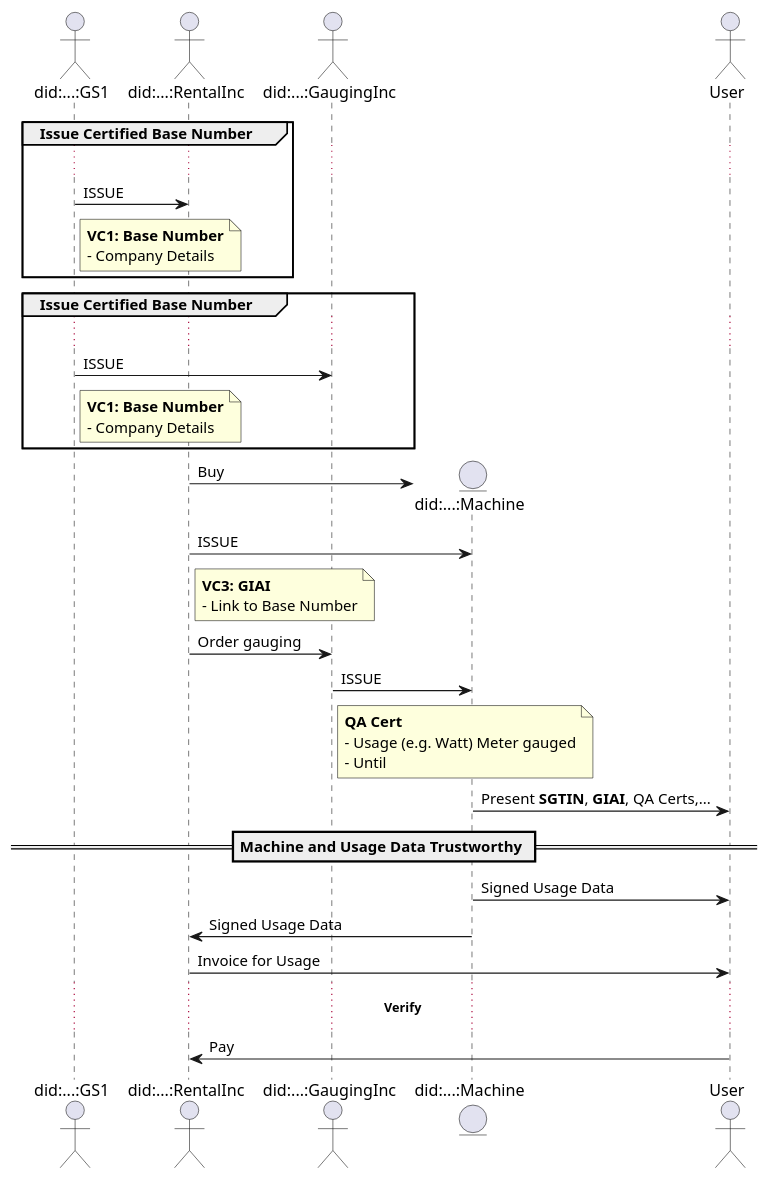
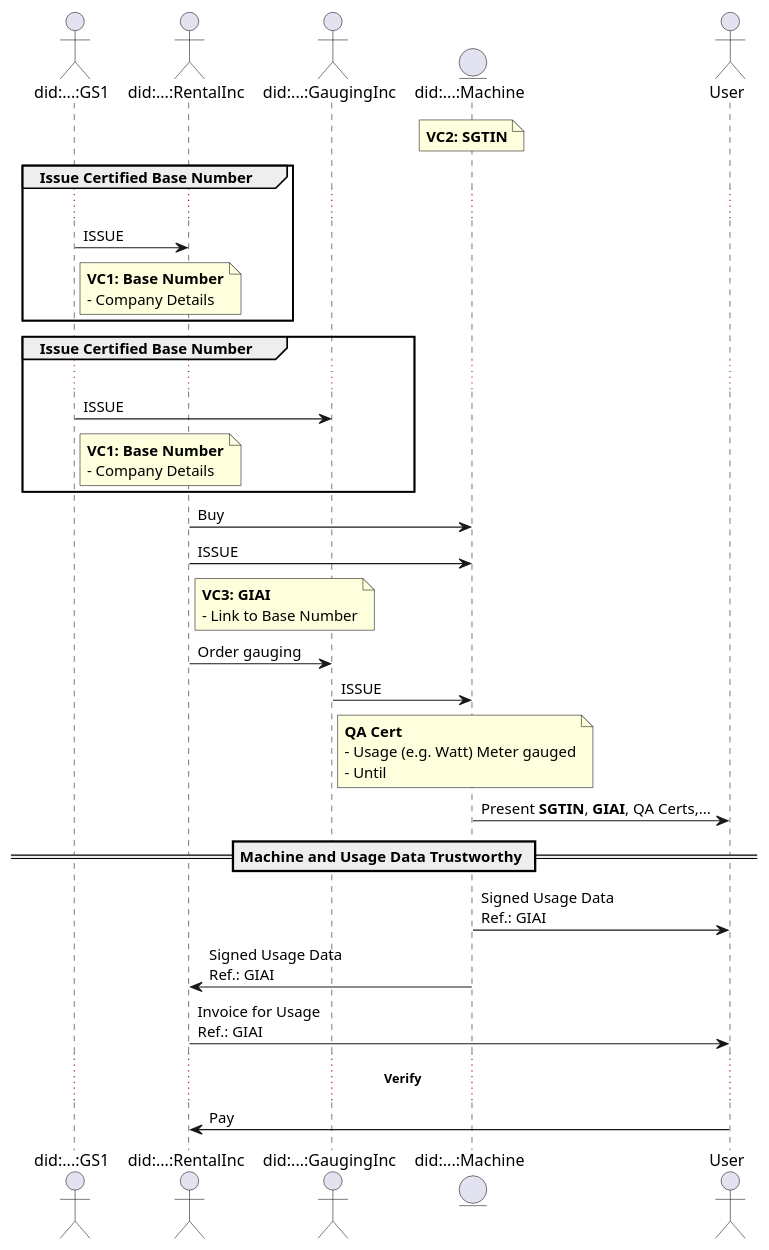
One commit to gs1-germany-innolab/CertifiedByGS1-I4.0-OnePager changed the diagram in ssi/certified-pay-per-use.plantuml. Above: the diagram before and after it, drawn with PlantUML. The commit also changed 2 other files, not shown here.

```diff
--- a/ssi/certified-pay-per-use.plantuml
+++ b/ssi/certified-pay-per-use.plantuml
@@ -1,59 +1,64 @@
 @startuml
 skinparam responseMessageBelowArrow true
 
 actor "did:...:GS1" as GS1
 actor "did:...:RentalInc" as Rent
 actor "did:...:GaugingInc" as TUV
 entity "did:...:Machine" as Machine
 actor User
+
+note over Machine
+    <b>VC2: SGTIN</b>
+end note
+
 
 group Issue Certified Base Number
 ...
 GS1 -> Rent: ISSUE
     note right of GS1
         <b>VC1: Base Number</b>
         - Company Details
     end note
 end
 
 group Issue Certified Base Number
 ...
 GS1 -> TUV: ISSUE
     note right of GS1
         <b>VC1: Base Number</b>
         - Company Details
     end note
 end
 
 
-Rent -> Machine ** : Buy
+Rent -> Machine : Buy
 
 Rent -> Machine : ISSUE
 note right of Rent
     <b>VC3: GIAI</b>
     - Link to Base Number
 end note
 
 Rent -> TUV : Order gauging
 TUV -> Machine:ISSUE
 note right of TUV
     <b>QA Cert</b>
     - Usage (e.g. Watt) Meter gauged
     - Until
 end note
 
 
 Machine -> User : Present <b>SGTIN</b>, <b>GIAI</b>, QA Certs,...
 
 == Machine and Usage Data Trustworthy ==
 
-Machine -> User : Signed Usage Data
-Machine -> Rent : Signed Usage Data
+Machine -> User : Signed Usage Data\nRef.: GIAI
+Machine -> Rent : Signed Usage Data\nRef.: GIAI
 
-Rent -> User: Invoice for Usage
+Rent -> User: Invoice for Usage\nRef.: GIAI
 
 ... <b>Verify</b> ...
 User -> Rent: Pay
 
 
 @enduml
```
